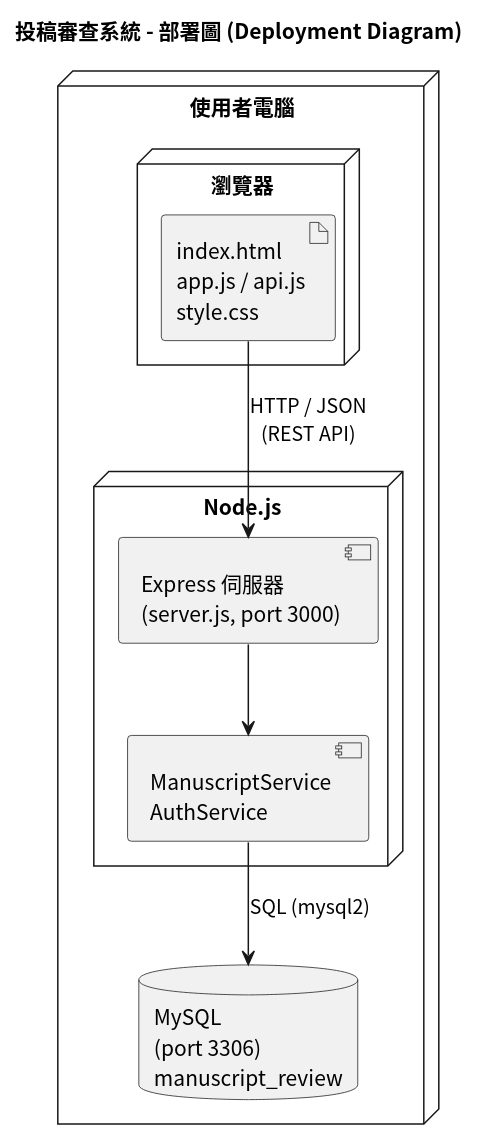
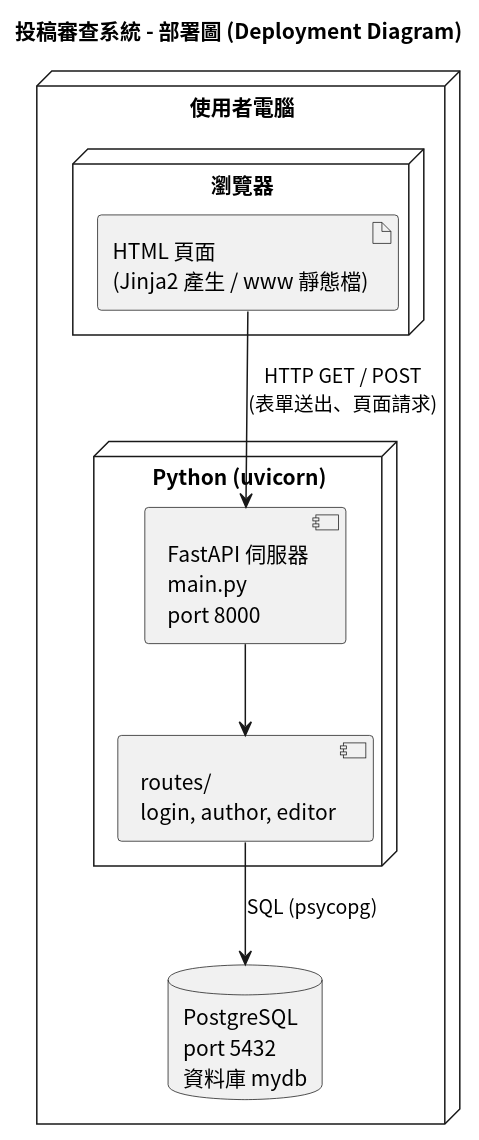
The diagram in docs/uml/07_deployment.puml (617-lyx/1151se_mid), drawn with PlantUML before and after one commit. The commit also changed 45 other files, not shown here.

Commit message:
依課堂範例改寫：Python FastAPI + Jinja2 + PostgreSQL，更新 UML 圖

```diff
--- a/docs/uml/07_deployment.puml
+++ b/docs/uml/07_deployment.puml
@@ -1,19 +1,19 @@
 @startuml 07_deployment
 skinparam defaultFontName "Noto Sans CJK TC"
 skinparam shadowing false
 skinparam backgroundColor white
 title 投稿審查系統 - 部署圖 (Deployment Diagram)
 node "使用者電腦" {
   node "瀏覽器" {
-    artifact "index.html\napp.js / api.js\nstyle.css" as FE
+    artifact "HTML 頁面\n(Jinja2 產生 / www 靜態檔)" as FE
   }
-  node "Node.js" {
-    component "Express 伺服器\n(server.js, port 3000)" as API
-    component "ManuscriptService\nAuthService" as SVC
+  node "Python (uvicorn)" {
+    component "FastAPI 伺服器\nmain.py\nport 8000" as API
+    component "routes/\nlogin, author, editor" as R
   }
-  database "MySQL\n(port 3306)\nmanuscript_review" as DB
+  database "PostgreSQL\nport 5432\n資料庫 mydb" as DB
 }
-FE --> API : HTTP / JSON\n(REST API)
-API --> SVC
-SVC --> DB : SQL (mysql2)
+FE --> API : HTTP GET / POST\n(表單送出、頁面請求)
+API --> R
+R --> DB : SQL (psycopg)
 @enduml
```
